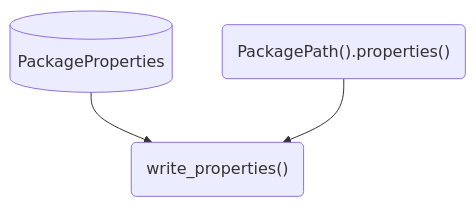
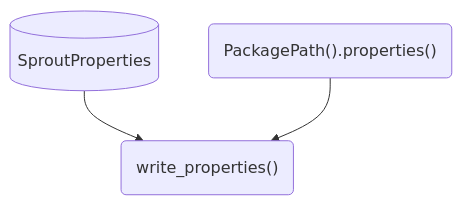
One commit to seedcase-project/seedcase-sprout changed the first of 7 diagrams in docs/design/interface/flows.qmd. Above: the diagram before and after it, drawn with Mermaid. The commit also changed other lines of this file and 22 other files, not shown here.

````diff
--- a/docs/design/interface/flows.qmd
+++ b/docs/design/interface/flows.qmd
@@ -53,12 +53,12 @@
 ```{mermaid}
 %%| label: fig-flow-new-package
 %%| fig-cap: "Diagram showing the flow of objects and functions to create a new package."
 %%| fig-alt: "A flow diagram showing the steps to making a new package."
 flowchart
-    properties[(PackageProperties)]
+    properties[(SproutProperties)]
     path_properties("PackagePath().properties()")
     write_properties("write_properties()")
 
     properties --> write_properties
     path_properties --> write_properties
 ```
````
